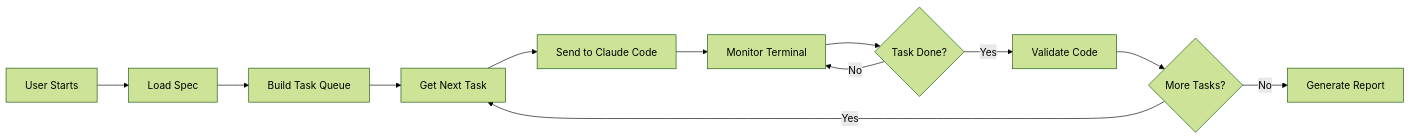
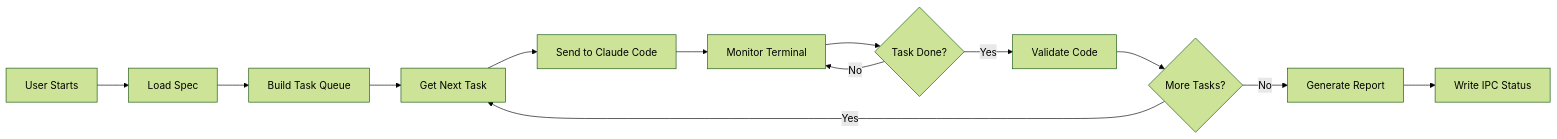
The third of 7 diagrams in .tech-docs/architecture.md (eai-tools/eai-gofer), drawn with Mermaid (forest theme) before and after one commit. The commit also changed other lines of this file and 9 other files, not shown here.

````diff
--- a/.tech-docs/architecture.md
+++ b/.tech-docs/architecture.md
@@ -162,14 +243,15 @@
 ```mermaid
 flowchart LR
     START[User Starts] --> LOAD[Load Spec]
     LOAD --> QUEUE[Build Task Queue]
     QUEUE --> NEXT[Get Next Task]
     NEXT --> SEND[Send to Claude Code]
     SEND --> MONITOR[Monitor Terminal]
     MONITOR --> DONE{Task Done?}
     DONE -->|No| MONITOR
     DONE -->|Yes| VALIDATE[Validate Code]
     VALIDATE --> NEXT_CHECK{More Tasks?}
     NEXT_CHECK -->|Yes| NEXT
     NEXT_CHECK -->|No| REPORT[Generate Report]
+    REPORT --> IPC[Write IPC Status]
 ```
````
